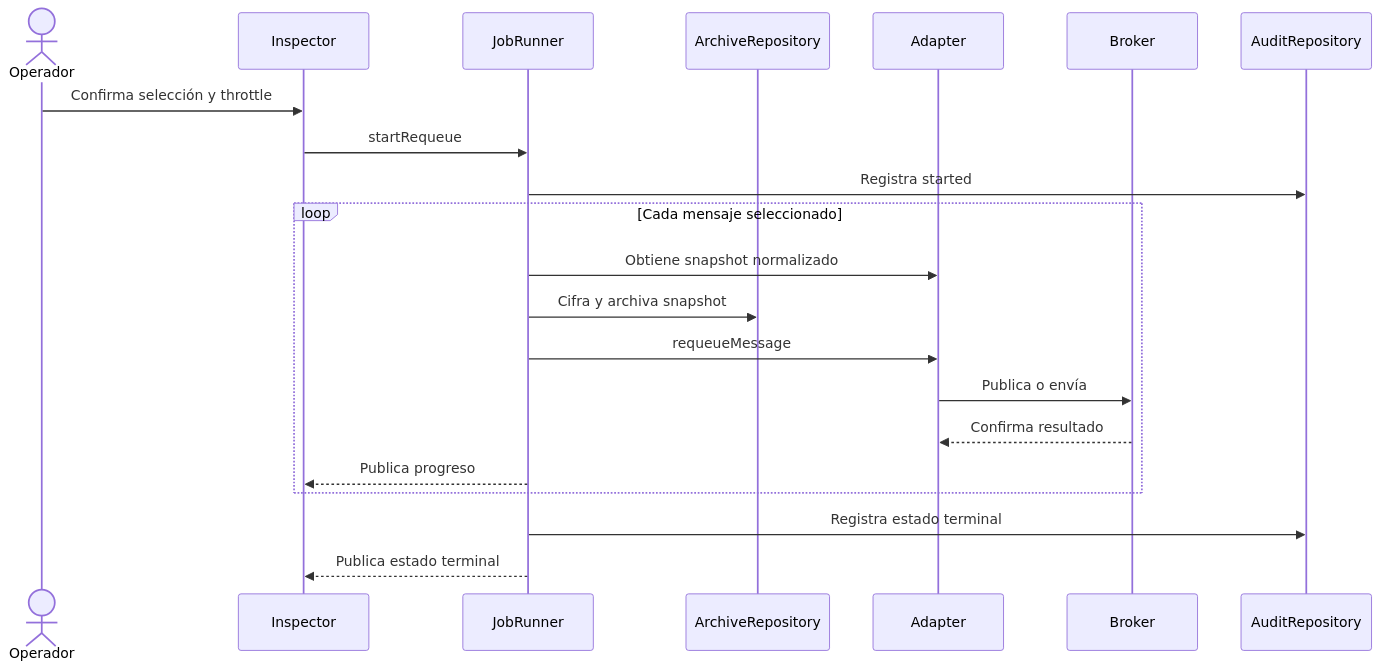
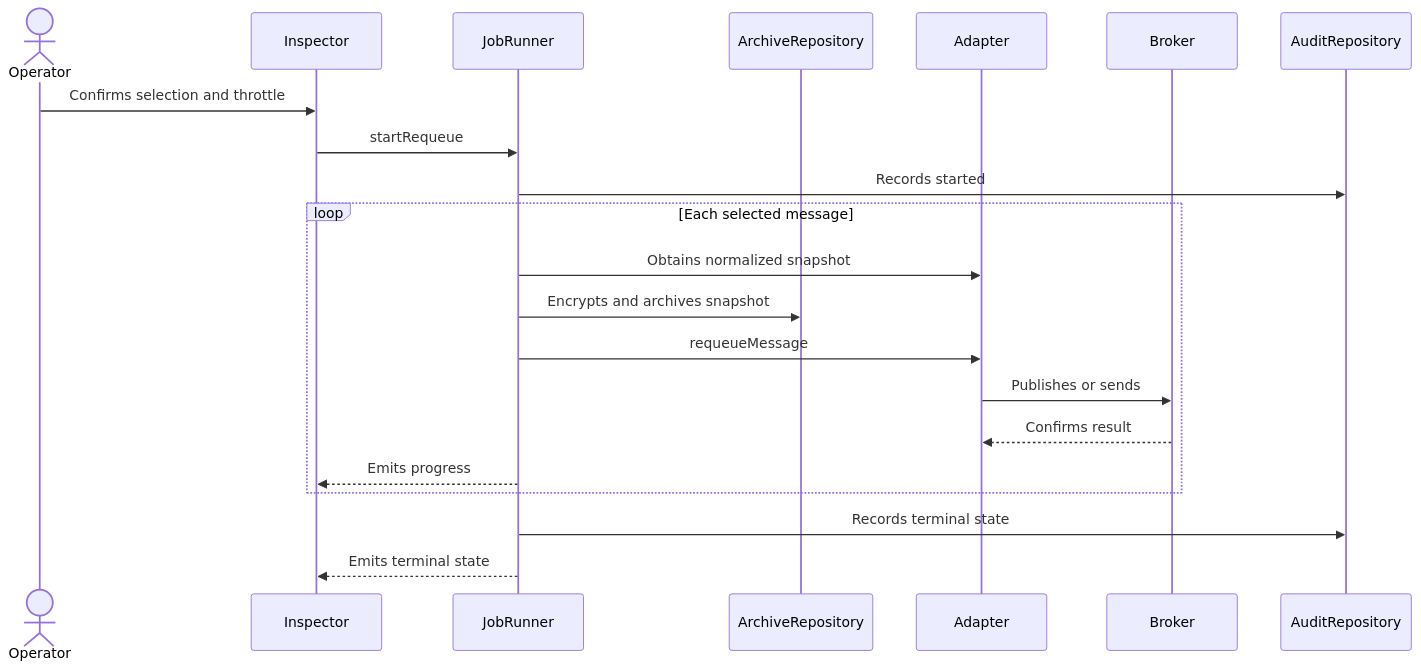
One commit to crisjar3/dlq-commander changed the fourth of 4 diagrams in docs/architecture.md. Above: the diagram before and after it, drawn with Mermaid. The commit also changed other lines of this file and 24 other files, not shown here.

````diff
--- a/docs/architecture.md
+++ b/docs/architecture.md
@@ -113,24 +113,24 @@
 ```mermaid
 sequenceDiagram
-    actor Operador
+    actor Operator
     participant UI as Inspector
     participant Job as JobRunner
     participant Archive as ArchiveRepository
     participant Adapter
     participant Broker
     participant Audit as AuditRepository
 
-    Operador->>UI: Confirma selección y throttle
+    Operator->>UI: Confirms selection and throttle
     UI->>Job: startRequeue
-    Job->>Audit: Registra started
-    loop Cada mensaje seleccionado
-        Job->>Adapter: Obtiene snapshot normalizado
-        Job->>Archive: Cifra y archiva snapshot
+    Job->>Audit: Records started
+    loop Each selected message
+        Job->>Adapter: Obtains normalized snapshot
+        Job->>Archive: Encrypts and archives snapshot
         Job->>Adapter: requeueMessage
-        Adapter->>Broker: Publica o envía
-        Broker-->>Adapter: Confirma resultado
-        Job-->>UI: Publica progreso
+        Adapter->>Broker: Publishes or sends
+        Broker-->>Adapter: Confirms result
+        Job-->>UI: Emits progress
     end
-    Job->>Audit: Registra estado terminal
-    Job-->>UI: Publica estado terminal
+    Job->>Audit: Records terminal state
+    Job-->>UI: Emits terminal state
 ```
````
